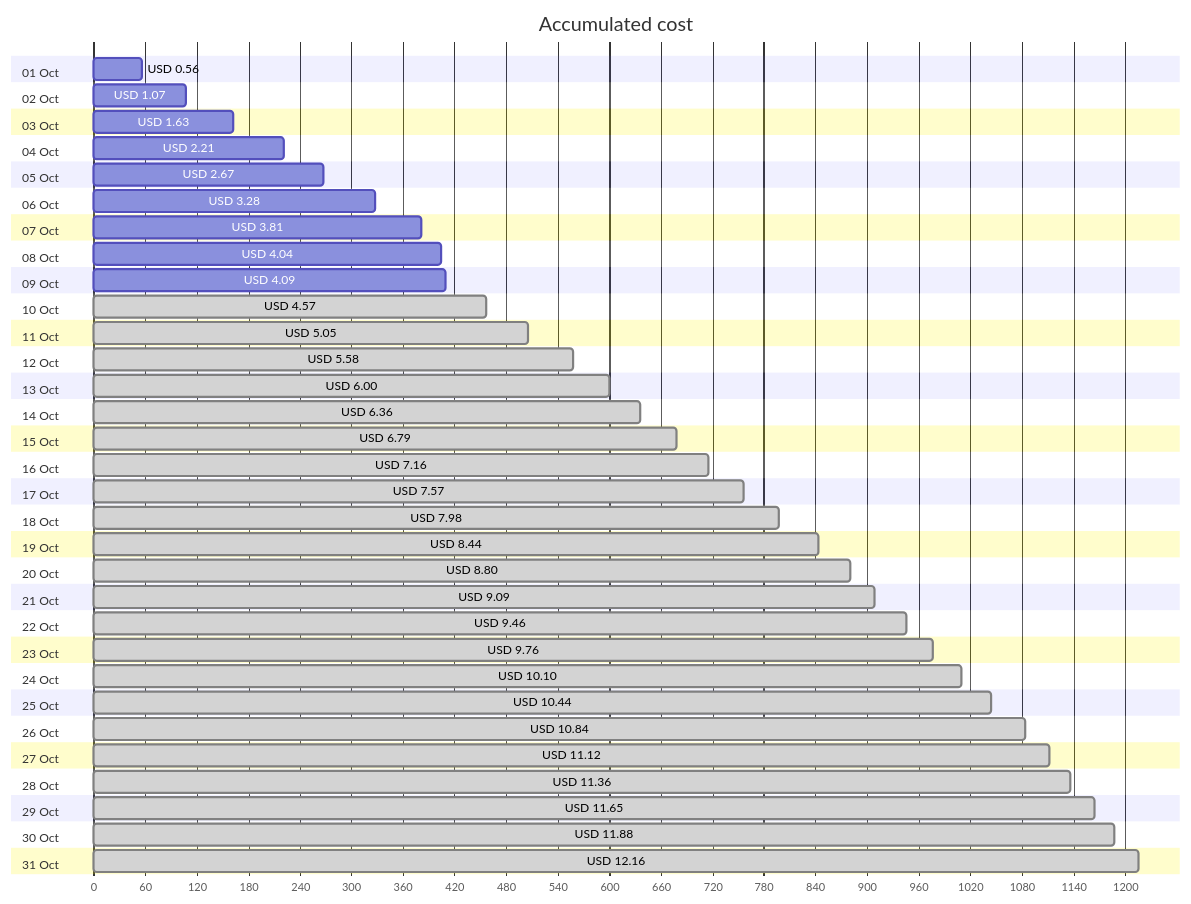
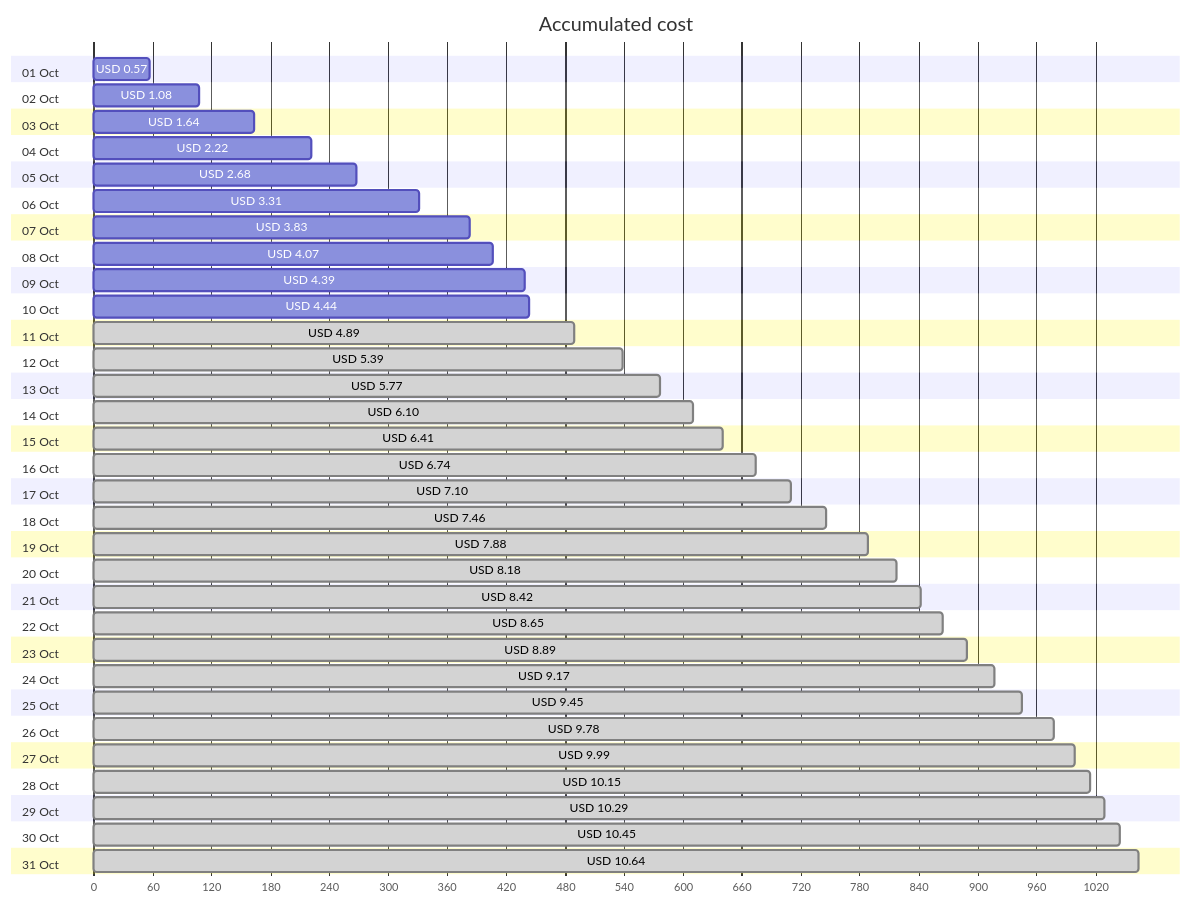
One commit to jpfulton/azure-personal-reports changed the first of 4 diagrams in cost-reports/personal-network/vpn-server.md. Above: the diagram before and after it, drawn with Mermaid. The commit also changed other lines of this file and 8 other files, not shown here.

````diff
--- a/cost-reports/personal-network/vpn-server.md
+++ b/cost-reports/personal-network/vpn-server.md
@@ -20,68 +20,68 @@
 ```mermaid
 gantt
    title Accumulated cost
    dateFormat  X
    axisFormat %s
    section 01 Oct
-   USD 0.56 :0, 56
+   USD 0.57 :0, 57
    section 02 Oct
-   USD 1.07 :0, 107
+   USD 1.08 :0, 108
    section 03 Oct
-   USD 1.63 :0, 163
+   USD 1.64 :0, 164
    section 04 Oct
-   USD 2.21 :0, 221
+   USD 2.22 :0, 222
    section 05 Oct
-   USD 2.67 :0, 267
+   USD 2.68 :0, 268
    section 06 Oct
-   USD 3.28 :0, 328
+   USD 3.31 :0, 331
    section 07 Oct
-   USD 3.81 :0, 381
+   USD 3.83 :0, 383
    section 08 Oct
-   USD 4.04 :0, 404
+   USD 4.07 :0, 407
    section 09 Oct
-   USD 4.09 :0, 409
+   USD 4.39 :0, 439
    section 10 Oct
-   USD 4.57 : done, 0, 457
+   USD 4.44 :0, 444
    section 11 Oct
-   USD 5.05 : done, 0, 505
+   USD 4.89 : done, 0, 489
    section 12 Oct
-   USD 5.58 : done, 0, 558
+   USD 5.39 : done, 0, 539
    section 13 Oct
-   USD 6.00 : done, 0, 600
+   USD 5.77 : done, 0, 577
    section 14 Oct
-   USD 6.36 : done, 0, 636
+   USD 6.10 : done, 0, 610
    section 15 Oct
-   USD 6.79 : done, 0, 679
+   USD 6.41 : done, 0, 641
    section 16 Oct
-   USD 7.16 : done, 0, 716
+   USD 6.74 : done, 0, 674
    section 17 Oct
-   USD 7.57 : done, 0, 757
+   USD 7.10 : done, 0, 710
    section 18 Oct
-   USD 7.98 : done, 0, 798
+   USD 7.46 : done, 0, 746
    section 19 Oct
-   USD 8.44 : done, 0, 844
+   USD 7.88 : done, 0, 788
    section 20 Oct
-   USD 8.80 : done, 0, 880
+   USD 8.18 : done, 0, 818
    section 21 Oct
-   USD 9.09 : done, 0, 909
+   USD 8.42 : done, 0, 842
    section 22 Oct
-   USD 9.46 : done, 0, 946
+   USD 8.65 : done, 0, 865
    section 23 Oct
-   USD 9.76 : done, 0, 976
+   USD 8.89 : done, 0, 889
    section 24 Oct
-   USD 10.10 : done, 0, 1010
+   USD 9.17 : done, 0, 917
    section 25 Oct
-   USD 10.44 : done, 0, 1044
+   USD 9.45 : done, 0, 945
    section 26 Oct
-   USD 10.84 : done, 0, 1084
+   USD 9.78 : done, 0, 978
    section 27 Oct
-   USD 11.12 : done, 0, 1112
+   USD 9.99 : done, 0, 999
    section 28 Oct
-   USD 11.36 : done, 0, 1136
+   USD 10.15 : done, 0, 1015
    section 29 Oct
-   USD 11.65 : done, 0, 1165
+   USD 10.29 : done, 0, 1029
    section 30 Oct
-   USD 11.88 : done, 0, 1188
+   USD 10.45 : done, 0, 1045
    section 31 Oct
-   USD 12.16 : done, 0, 1216
+   USD 10.64 : done, 0, 1064
 ```
````
